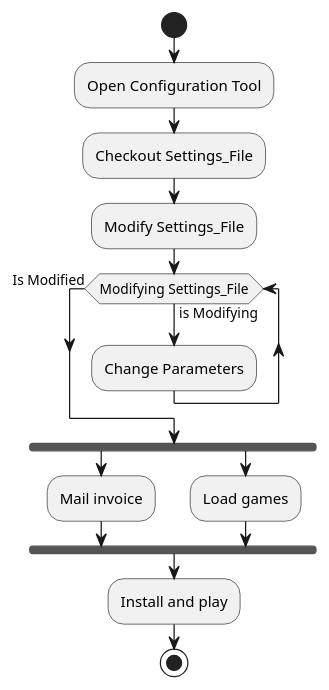
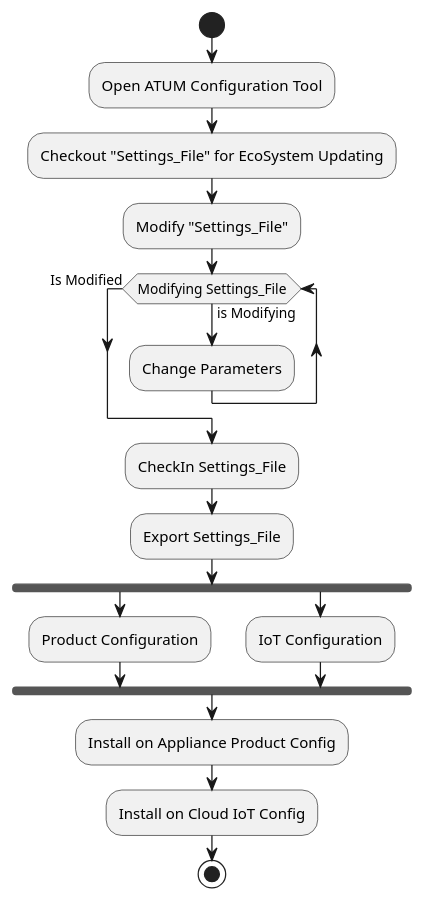
Before and after one commit to wjelston/wallaceelston.github.io: the diagram in Configurations and Capabilities/Images/Config_activity_diagram.wsd, drawn with PlantUML. The commit also changed 23 other files, not shown here.

First line of the commit message:
Appliance and IoT Config and OTA

```diff
--- a/Configurations and Capabilities/Images/Config_activity_diagram.wsd
+++ b/Configurations and Capabilities/Images/Config_activity_diagram.wsd
@@ -3,20 +3,23 @@
 @startuml Config
 
     scale 1
 
     start
-        :Open Configuration Tool;
-        :Checkout Settings_File;
-        :Modify Settings_File;
+        :Open ATUM Configuration Tool;
+        :Checkout "Settings_File" for EcoSystem Updating;
+        :Modify "Settings_File";
         while (Modifying Settings_File) is (is Modifying)
         :Change Parameters;
         endwhile (Is Modified)
+        :CheckIn Settings_File;
+        :Export Settings_File;
         fork
-        :Mail invoice;
+        :Product Configuration;
         fork again
-        :Load games;
+        :IoT Configuration;
         end fork
-        :Install and play;
+        :Install on Appliance Product Config;
+        :Install on Cloud IoT Config;
     stop
 
 @enduml
```
